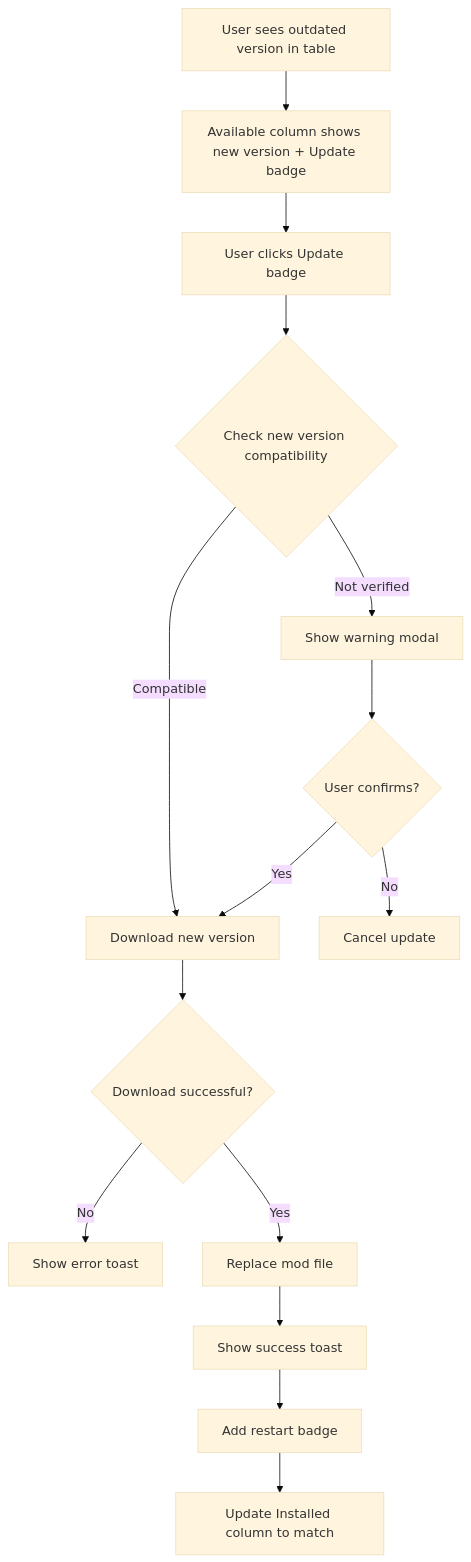
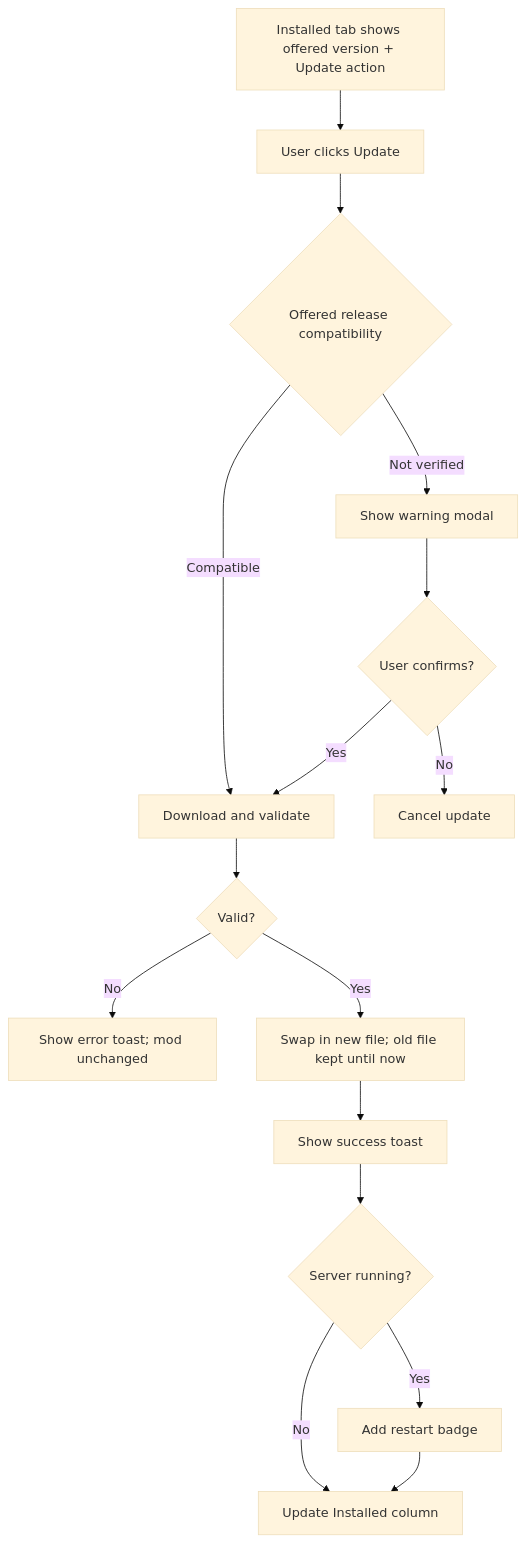
Before and after one commit to craquehouse/vintagestory-server: the second of 4 diagrams in _bmad-output/planning-artifacts/ux-design-specification.md, drawn with Mermaid (base theme). The commit also changed other lines of this file and 7 other files, not shown here.

````diff
--- a/_bmad-output/planning-artifacts/ux-design-specification.md
+++ b/_bmad-output/planning-artifacts/ux-design-specification.md
@@ -658,17 +659,18 @@
 ```mermaid
 flowchart TD
-    A[User sees outdated version in table] --> B[Available column shows new version + Update badge]
-    B --> C[User clicks Update badge]
-    C --> D{Check new version compatibility}
-    D -->|Compatible| E[Download new version]
+    A[Installed tab shows offered version + Update action] --> C[User clicks Update]
+    C --> D{Offered release compatibility}
+    D -->|Compatible| E[Download and validate]
     D -->|Not verified| F[Show warning modal]
     F --> G{User confirms?}
     G -->|No| H[Cancel update]
     G -->|Yes| E
-    E --> I{Download successful?}
-    I -->|No| J[Show error toast]
-    I -->|Yes| K[Replace mod file]
+    E --> I{Valid?}
+    I -->|No| J[Show error toast; mod unchanged]
+    I -->|Yes| K[Swap in new file; old file kept until now]
     K --> L[Show success toast]
-    L --> M[Add restart badge]
-    M --> N[Update Installed column to match]
+    L --> M{Server running?}
+    M -->|Yes| N[Add restart badge]
+    M -->|No| O[Update Installed column]
+    N --> O
 ```
````
